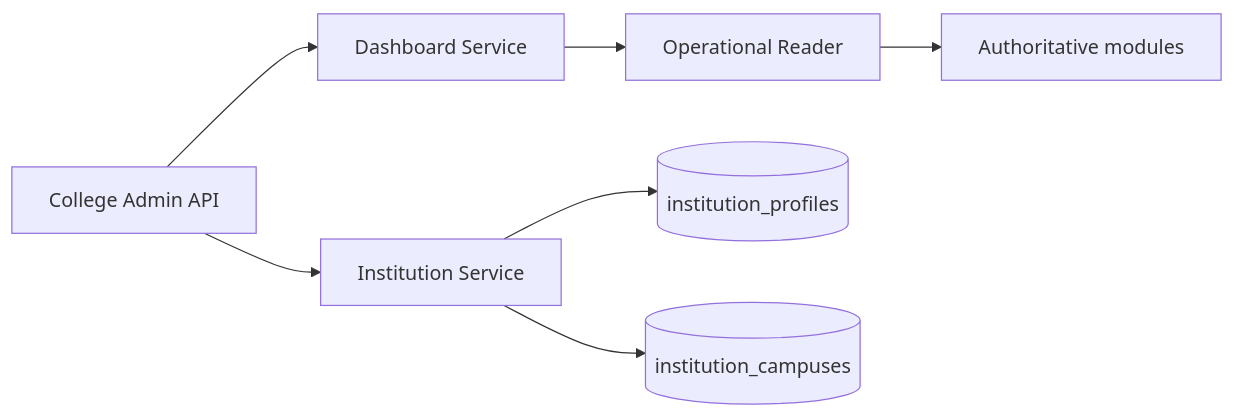
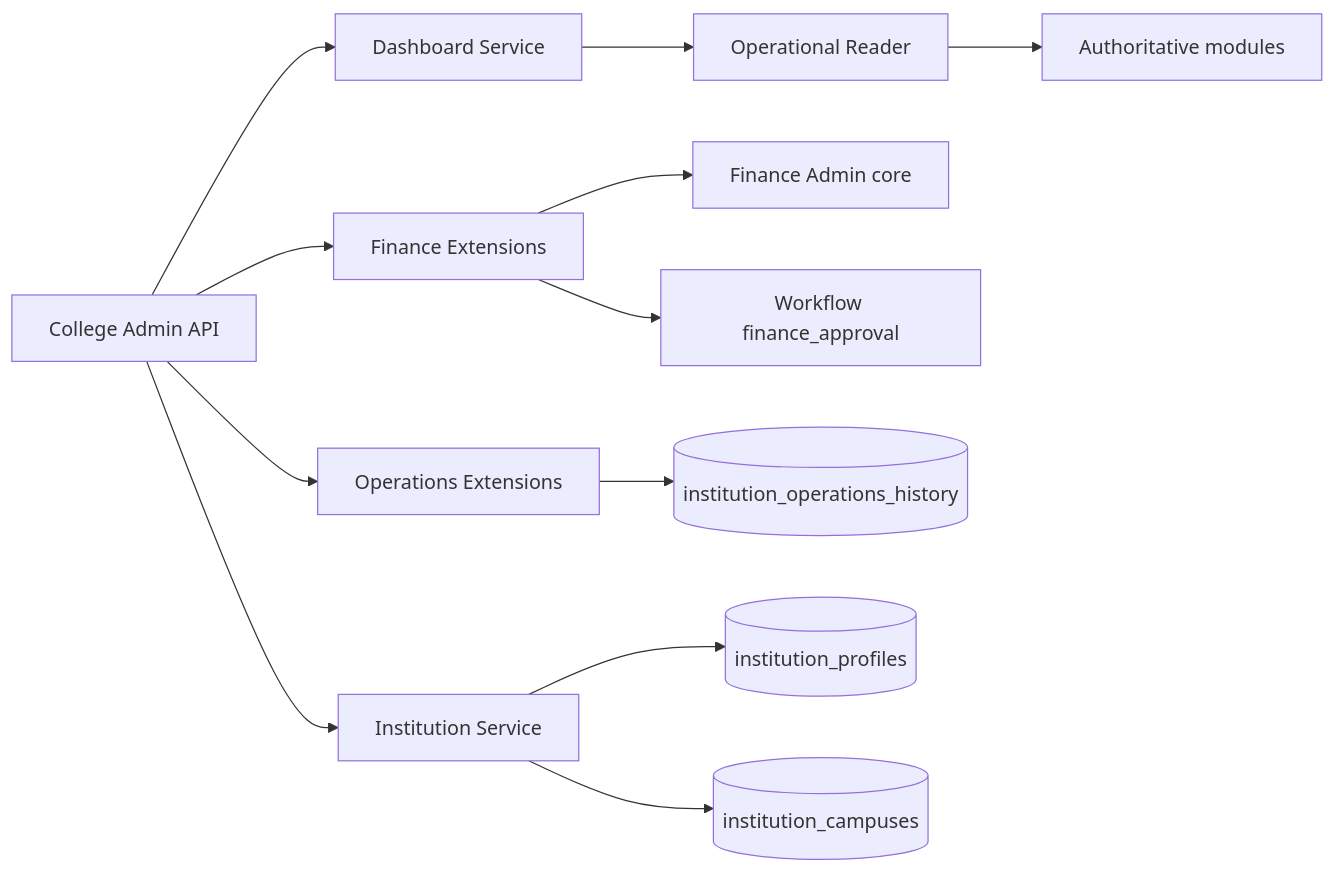
One commit to Vasanth117/ERP changed the fourth of 4 diagrams in docs/ARCHITECTURE.md. Above: the diagram before and after it, drawn with Mermaid. The commit also changed other lines of this file and 156 other files, not shown here.

````diff
--- a/docs/ARCHITECTURE.md
+++ b/docs/ARCHITECTURE.md
@@ -200,9 +223,14 @@
 ```mermaid
 flowchart LR
   CA[College Admin API] --> DS[Dashboard Service]
   CA --> IS[Institution Service]
+  CA --> FX[Finance Extensions]
+  CA --> OX[Operations Extensions]
   DS --> OR[Operational Reader]
   OR --> MOD[Authoritative modules]
+  FX --> FA[Finance Admin core]
+  FX --> WF[Workflow finance_approval]
+  OX --> OH[(institution_operations_history)]
   IS --> IP[(institution_profiles)]
   IS --> IC[(institution_campuses)]
 ```
````
